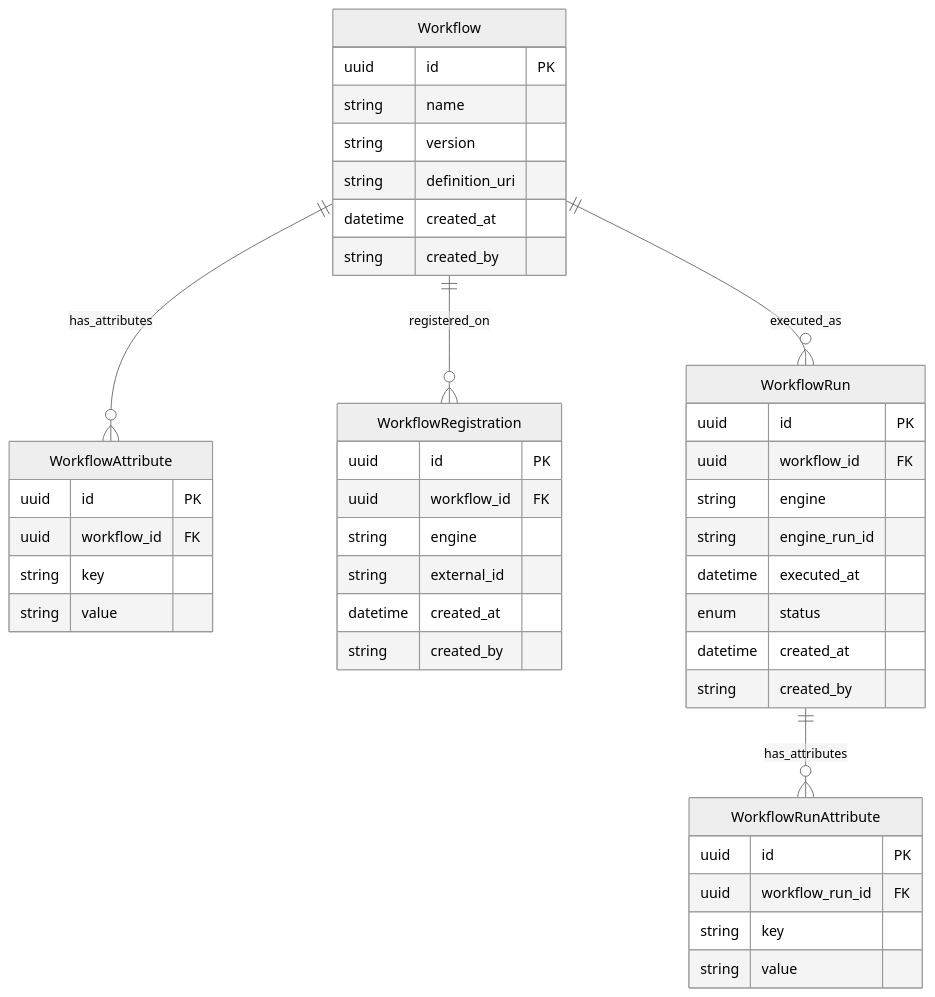
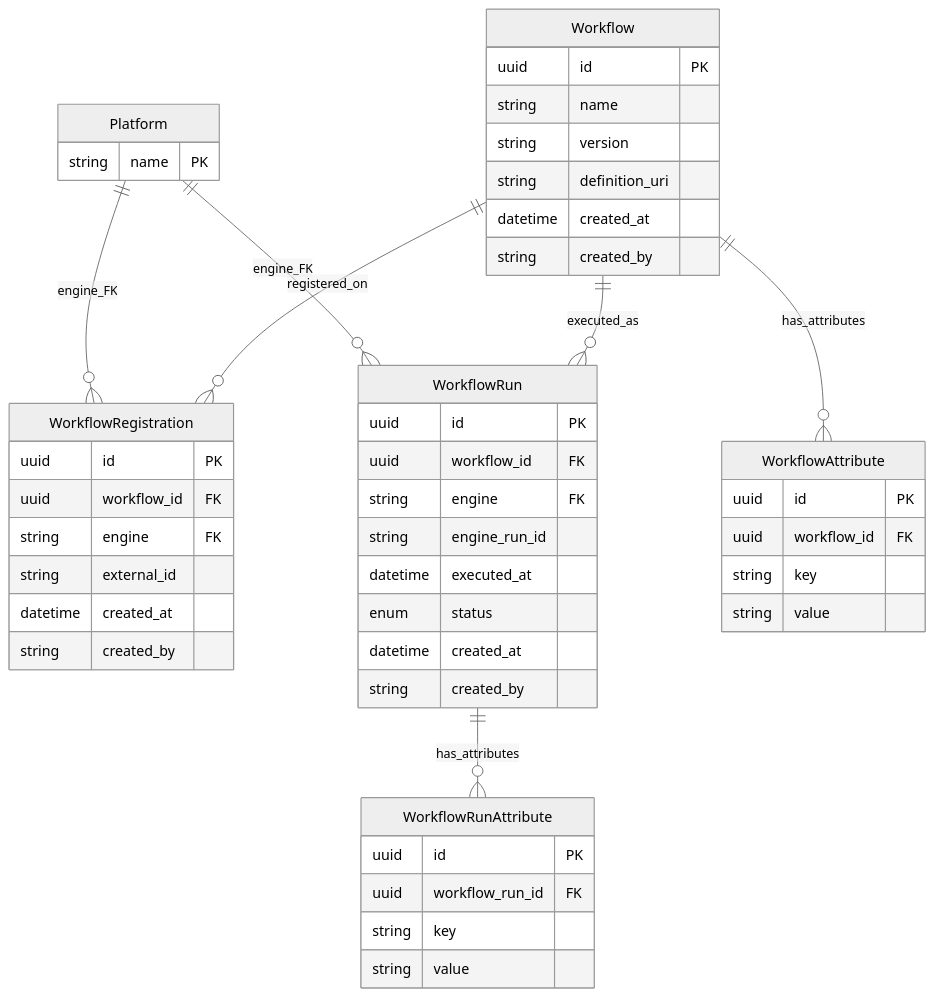
The first of 2 diagrams in docs/WORKFLOWS.md (NGS360/APIServer), drawn with Mermaid (neutral theme) before and after one commit. The commit also changed other lines of this file, not shown here.

Commit message:
update docs with workflow registration changes

````diff
--- a/docs/WORKFLOWS.md
+++ b/docs/WORKFLOWS.md
@@ -18,50 +18,56 @@
 ```mermaid
 erDiagram
+    Platform ||--o{ WorkflowRegistration : engine_FK
+    Platform ||--o{ WorkflowRun : engine_FK
     Workflow ||--o{ WorkflowAttribute : has_attributes
     Workflow ||--o{ WorkflowRegistration : registered_on
     Workflow ||--o{ WorkflowRun : executed_as
     WorkflowRun ||--o{ WorkflowRunAttribute : has_attributes
+
+    Platform {
+        string name PK
+    }
 
     Workflow {
         uuid id PK
         string name
         string version
         string definition_uri
         datetime created_at
         string created_by
     }
 
     WorkflowAttribute {
         uuid id PK
         uuid workflow_id FK
         string key
         string value
     }
 
     WorkflowRegistration {
         uuid id PK
         uuid workflow_id FK
-        string engine
+        string engine FK
         string external_id
         datetime created_at
         string created_by
     }
 
     WorkflowRun {
         uuid id PK
         uuid workflow_id FK
-        string engine
+        string engine FK
         string engine_run_id
         datetime executed_at
         enum status
         datetime created_at
         string created_by
     }
 
     WorkflowRunAttribute {
         uuid id PK
         uuid workflow_run_id FK
         string key
         string value
     }
 ```
````
